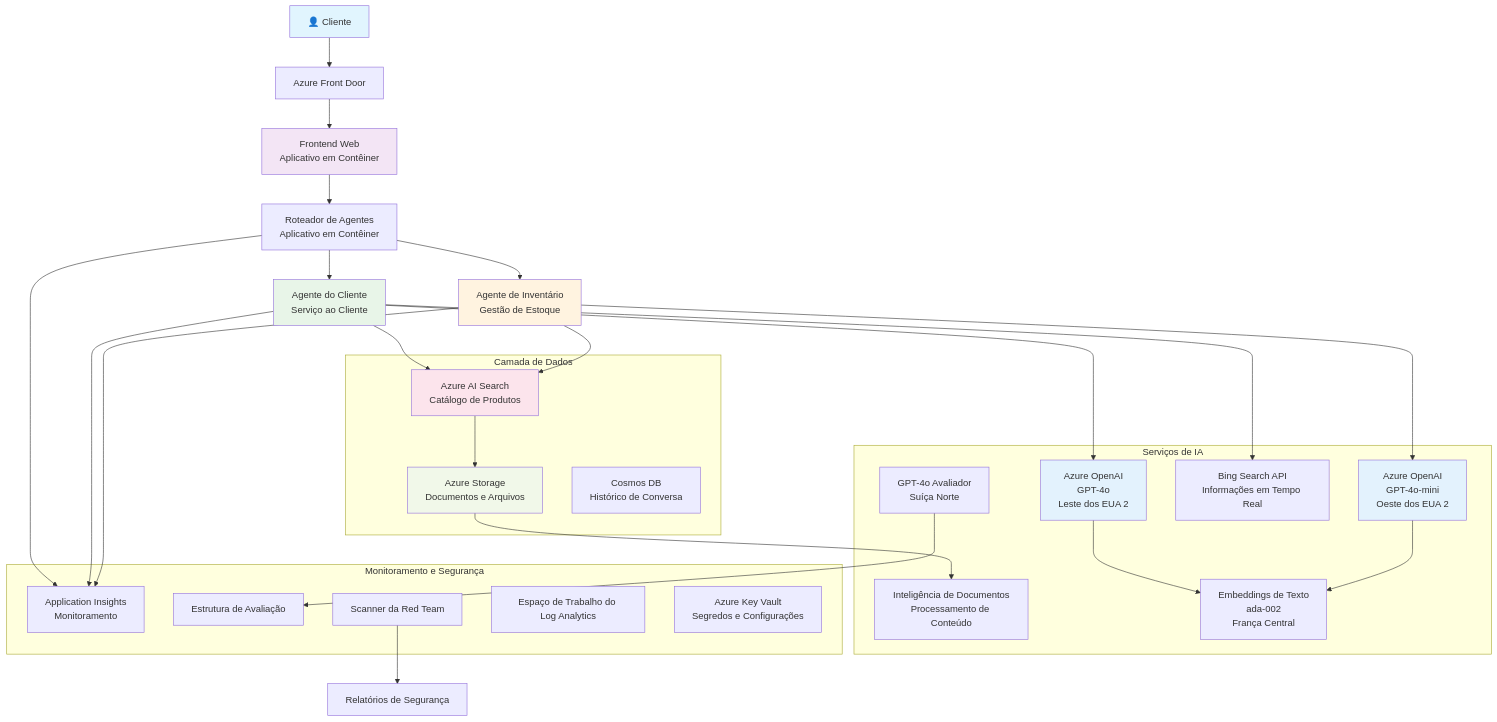
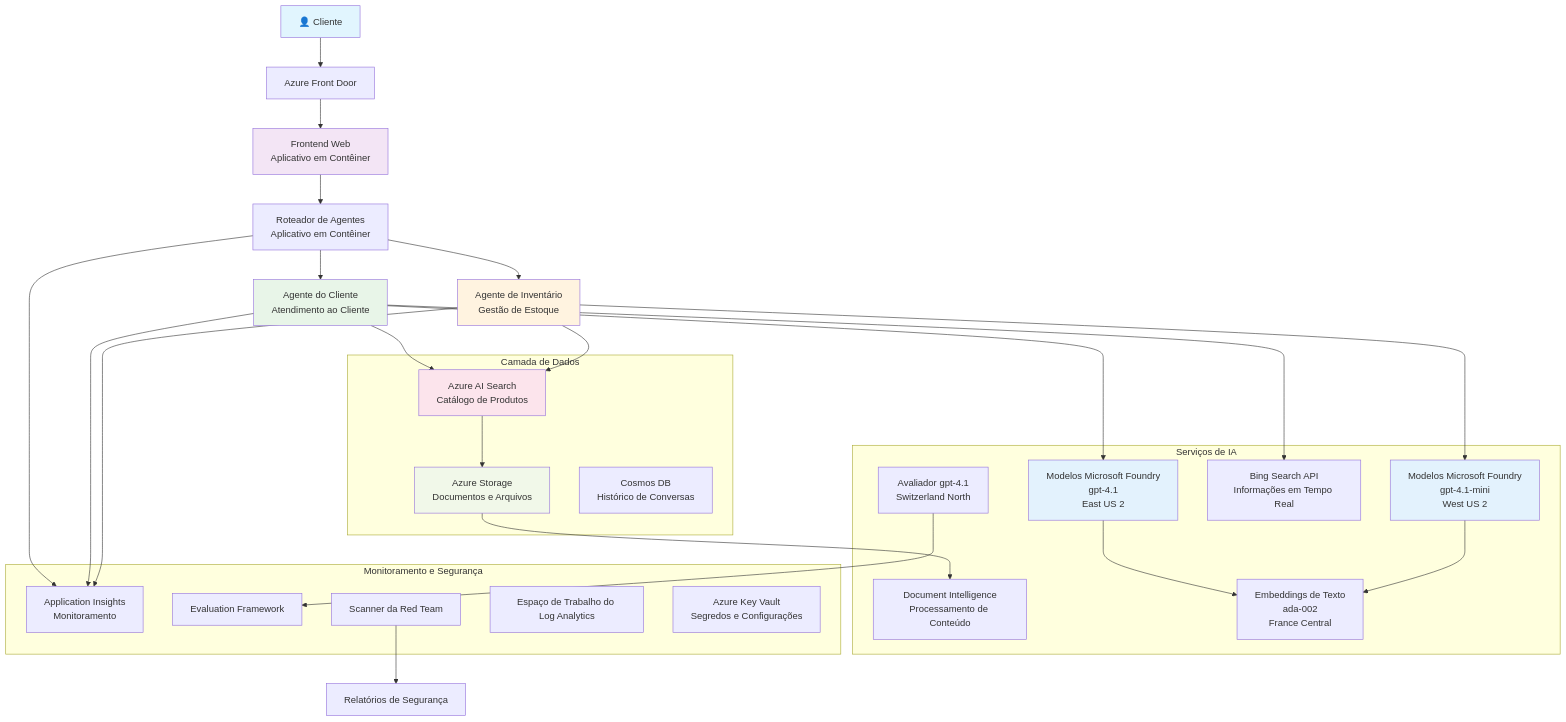
One commit to microsoft/AZD-for-beginners changed the diagram in translations/pt-BR/examples/retail-scenario.md. Above: the diagram before and after it, drawn with Mermaid. The commit also changed other lines of this file and 101 other files, not shown here.

````diff
--- a/translations/pt-BR/examples/retail-scenario.md
+++ b/translations/pt-BR/examples/retail-scenario.md
@@ -139,61 +139,61 @@
 ```mermaid
 graph TB
     User[👤 Cliente] --> LB[Azure Front Door]
     LB --> WebApp[Frontend Web<br/>Aplicativo em Contêiner]
     
     WebApp --> Router[Roteador de Agentes<br/>Aplicativo em Contêiner]
-    Router --> CustomerAgent[Agente do Cliente<br/>Serviço ao Cliente]
+    Router --> CustomerAgent[Agente do Cliente<br/>Atendimento ao Cliente]
     Router --> InvAgent[Agente de Inventário<br/>Gestão de Estoque]
     
-    CustomerAgent --> OpenAI1[Azure OpenAI<br/>GPT-4o<br/>Leste dos EUA 2]
-    InvAgent --> OpenAI2[Azure OpenAI<br/>GPT-4o-mini<br/>Oeste dos EUA 2]
+    CustomerAgent --> OpenAI1[Modelos Microsoft Foundry<br/>gpt-4.1<br/>East US 2]
+    InvAgent --> OpenAI2[Modelos Microsoft Foundry<br/>gpt-4.1-mini<br/>West US 2]
     
     CustomerAgent --> AISearch[Azure AI Search<br/>Catálogo de Produtos]
     CustomerAgent --> BingSearch[Bing Search API<br/>Informações em Tempo Real]
     InvAgent --> AISearch
     
     AISearch --> Storage[Azure Storage<br/>Documentos e Arquivos]
-    Storage --> DocIntel[Inteligência de Documentos<br/>Processamento de Conteúdo]
+    Storage --> DocIntel[Document Intelligence<br/>Processamento de Conteúdo]
     
-    OpenAI1 --> Embeddings[Embeddings de Texto<br/>ada-002<br/>França Central]
+    OpenAI1 --> Embeddings[Embeddings de Texto<br/>ada-002<br/>France Central]
     OpenAI2 --> Embeddings
     
     Router --> AppInsights[Application Insights<br/>Monitoramento]
     CustomerAgent --> AppInsights
     InvAgent --> AppInsights
     
-    GraderModel[GPT-4o Avaliador<br/>Suíça Norte] --> Evaluation[Estrutura de Avaliação]
+    GraderModel[Avaliador gpt-4.1<br/>Switzerland North] --> Evaluation[Evaluation Framework]
     RedTeam[Scanner da Red Team] --> SecurityReports[Relatórios de Segurança]
     
     subgraph "Camada de Dados"
         Storage
         AISearch
-        CosmosDB[Cosmos DB<br/>Histórico de Conversa]
+        CosmosDB[Cosmos DB<br/>Histórico de Conversas]
     end
     
     subgraph "Serviços de IA"
         OpenAI1
         OpenAI2
         Embeddings
         GraderModel
         DocIntel
         BingSearch
     end
     
     subgraph "Monitoramento e Segurança"
         AppInsights
         LogAnalytics[Espaço de Trabalho do Log Analytics]
         KeyVault[Azure Key Vault<br/>Segredos e Configurações]
         RedTeam
         Evaluation
     end
     
     style User fill:#e1f5fe
     style WebApp fill:#f3e5f5
     style CustomerAgent fill:#e8f5e8
     style InvAgent fill:#fff3e0
     style OpenAI1 fill:#e3f2fd
     style OpenAI2 fill:#e3f2fd
     style AISearch fill:#fce4ec
     style Storage fill:#f1f8e9
 ```
````
